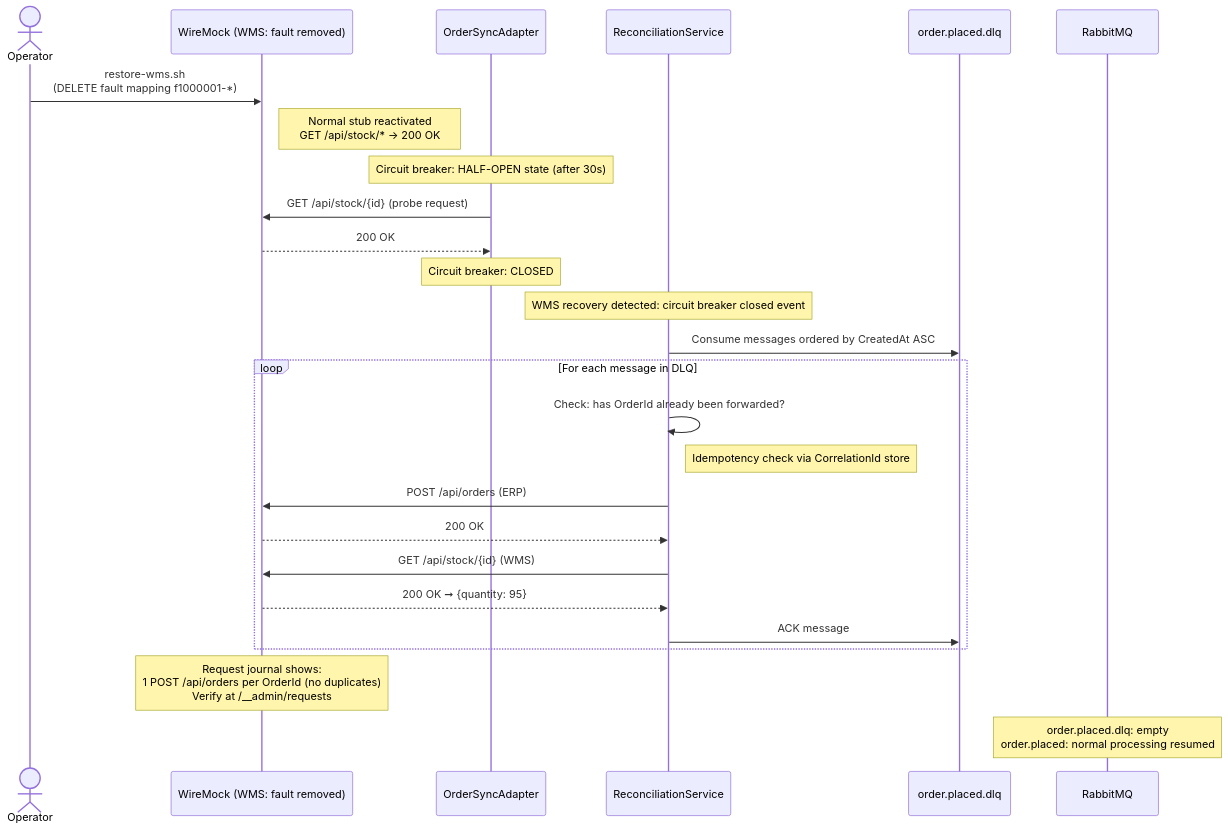
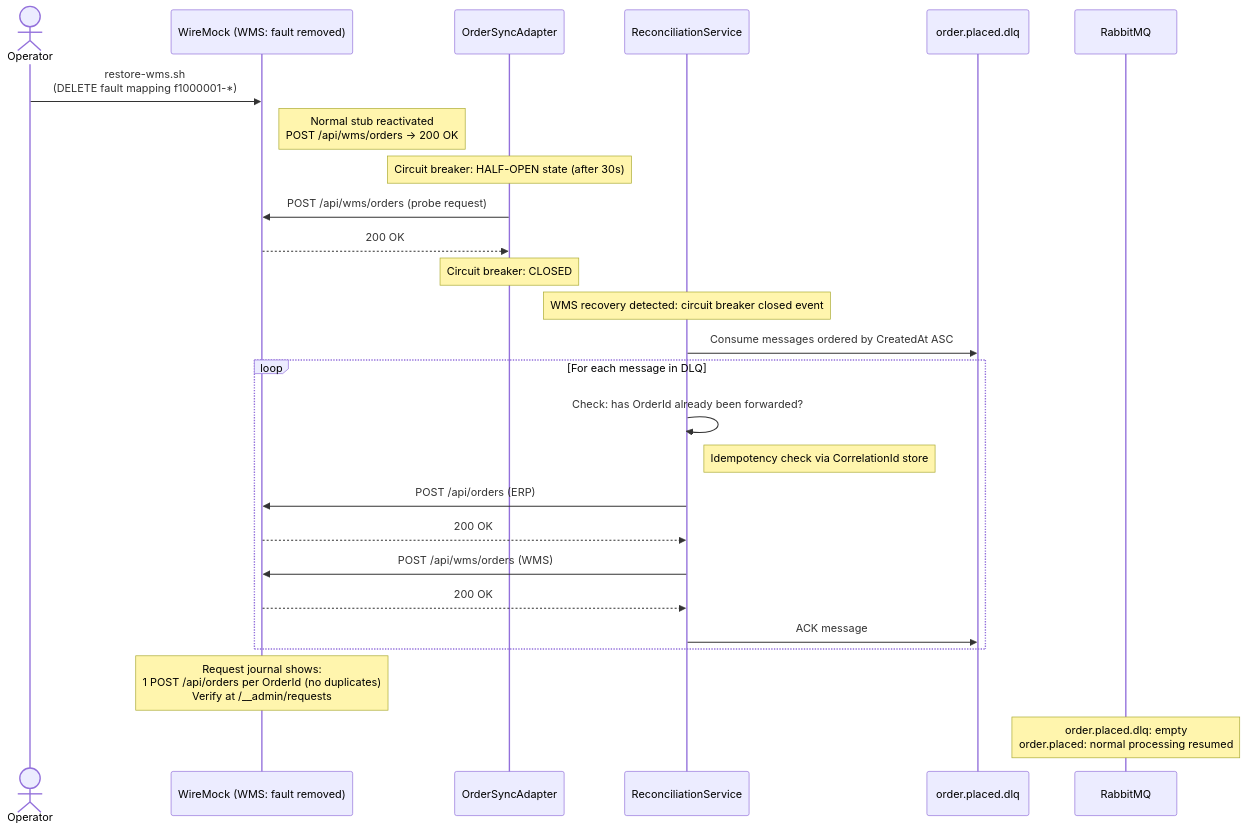
Before and after one commit to Assignment2-AS/nopCommerce-Omnichannel-Core: the fourth of 4 diagrams in docs/runtime-interaction-diagrams.md, drawn with Mermaid. The commit also changed other lines of this file and 7 other files, not shown here.

Commit message:
update diagrams

````diff
--- a/docs/runtime-interaction-diagrams.md
+++ b/docs/runtime-interaction-diagrams.md
@@ -108,33 +143,33 @@
 ```mermaid
 sequenceDiagram
     actor Operator
     participant WireMock as WireMock (WMS: fault removed)
     participant OrderSync as OrderSyncAdapter
     participant RecSvc as ReconciliationService
     participant DLQ as order.placed.dlq
     participant RabbitMQ
 
     Operator->>WireMock: restore-wms.sh<br/>(DELETE fault mapping f1000001-*)
-    note right of WireMock: Normal stub reactivated<br/>GET /api/stock/* → 200 OK
+    note right of WireMock: Normal stub reactivated<br/>POST /api/wms/orders → 200 OK
 
     note over OrderSync: Circuit breaker: HALF-OPEN state (after 30s)
-    OrderSync->>WireMock: GET /api/stock/{id} (probe request)
+    OrderSync->>WireMock: POST /api/wms/orders (probe request)
     WireMock-->>OrderSync: 200 OK
     note over OrderSync: Circuit breaker: CLOSED
 
     note over RecSvc: WMS recovery detected: circuit breaker closed event
     RecSvc->>DLQ: Consume messages ordered by CreatedAt ASC
 
     loop For each message in DLQ
         RecSvc->>RecSvc: Check: has OrderId already been forwarded?
         note right of RecSvc: Idempotency check via CorrelationId store
         RecSvc->>WireMock: POST /api/orders (ERP)
         WireMock-->>RecSvc: 200 OK
-        RecSvc->>WireMock: GET /api/stock/{id} (WMS)
-        WireMock-->>RecSvc: 200 OK ➞ {quantity: 95}
+        RecSvc->>WireMock: POST /api/wms/orders (WMS)
+        WireMock-->>RecSvc: 200 OK
         RecSvc->>DLQ: ACK message
     end
 
     note over WireMock: Request journal shows:<br/>1 POST /api/orders per OrderId (no duplicates)<br/>Verify at /__admin/requests
     note over RabbitMQ: order.placed.dlq: empty<br/>order.placed: normal processing resumed
 ```
````
